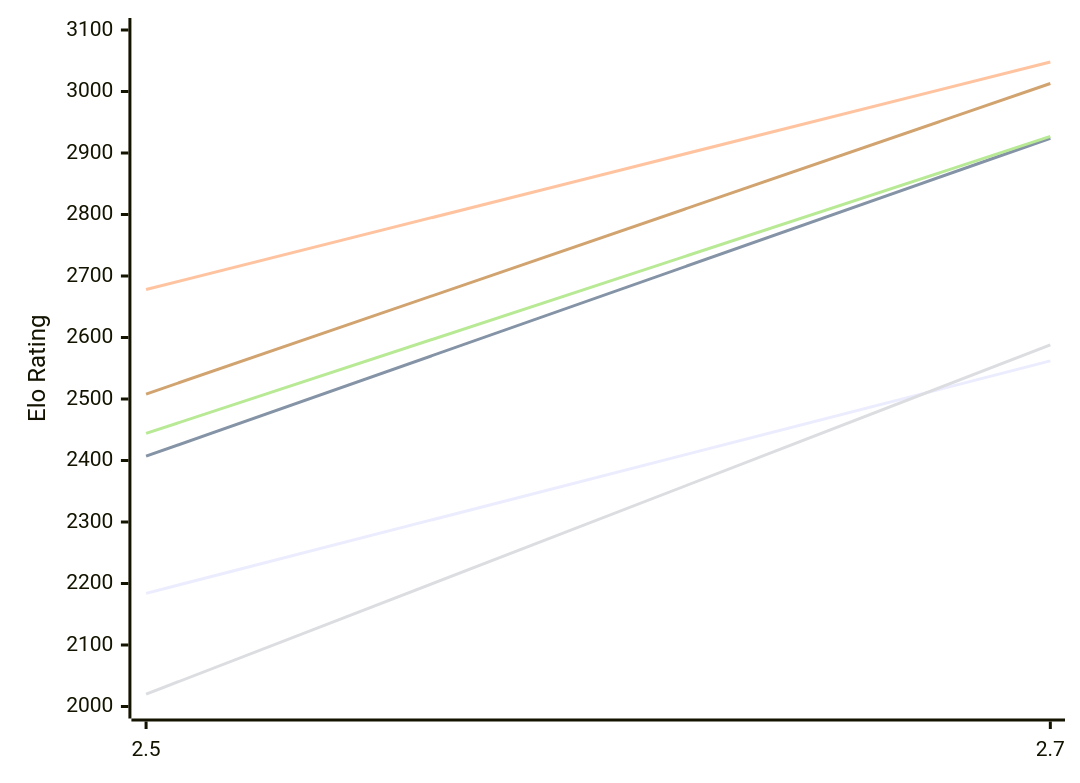
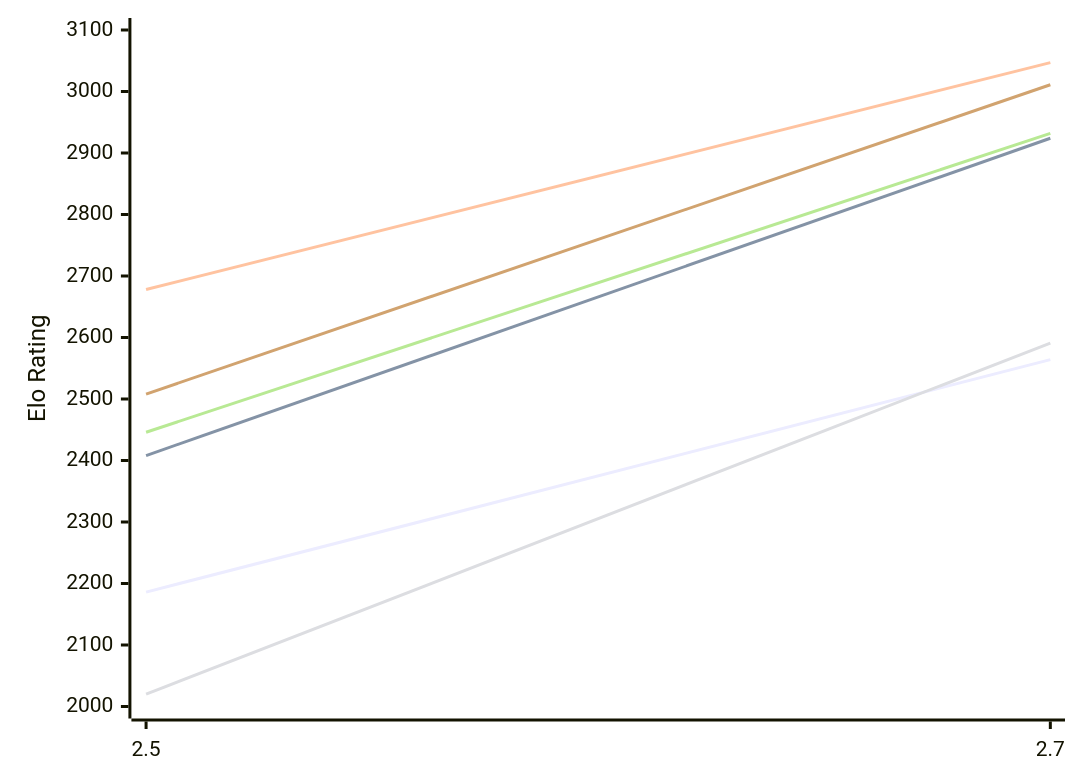
The first of 2 diagrams in engines/Zevra.md (computer-chess-index/cci), drawn with Mermaid before and after one commit. The commit also changed other lines of this file, not shown here.

Commit message:
Update CCI Ratings (ELO VLTC) - 2026-11-19

````diff
--- a/engines/Zevra.md
+++ b/engines/Zevra.md
@@ -50,12 +50,12 @@
 ```mermaid
 %%{init: {"theme":"base","themeVariables":{"seriesColors:['#a3a3a3','#222221','#faa371']}}}%%
 xychart-beta
   x-axis ["2.5", "2.7"]
   y-axis "Elo Rating" 2000 --> 3100
-  line "E1: STC (8.0+0.08s)" [2184, 2562]
-  line "E1: LTC (60.0+0.60s)" [2407, 2924]
-  line "E1: VLTC (2m24s+1.12s)" [2678, 3048]
-  line "P1: STC (8.0+0.08s)" [2020, 2588]
-  line "P1: LTC (60.0+0.60s)" [2444, 2927]
-  line "P1: VLTC (2m24s+1.12s)" [2508, 3013]
+  line "E1: STC (8.0+0.08s)" [2186, 2564]
+  line "E1: LTC (60.0+0.60s)" [2408, 2924]
+  line "E1: VLTC (2m24s+1.12s)" [2678, 3047]
+  line "P1: STC (8.0+0.08s)" [2020, 2591]
+  line "P1: LTC (60.0+0.60s)" [2446, 2932]
+  line "P1: VLTC (2m24s+1.12s)" [2508, 3011]
 ```
````
